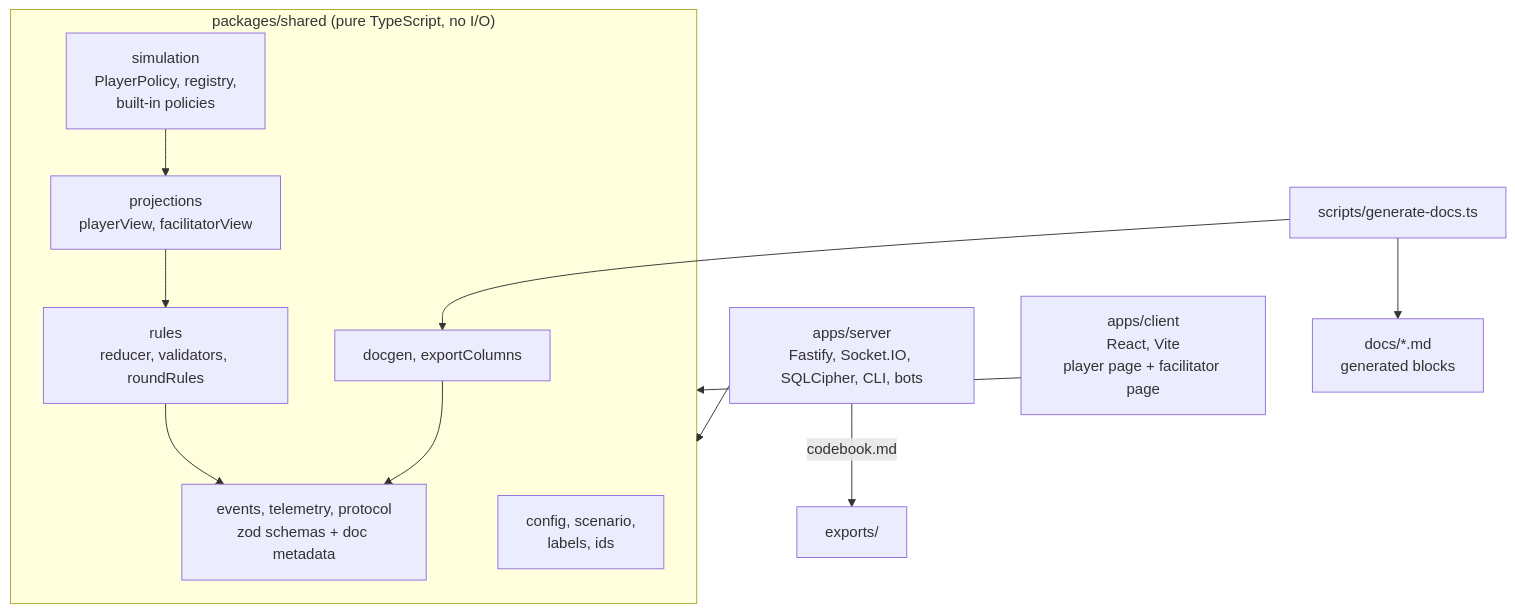
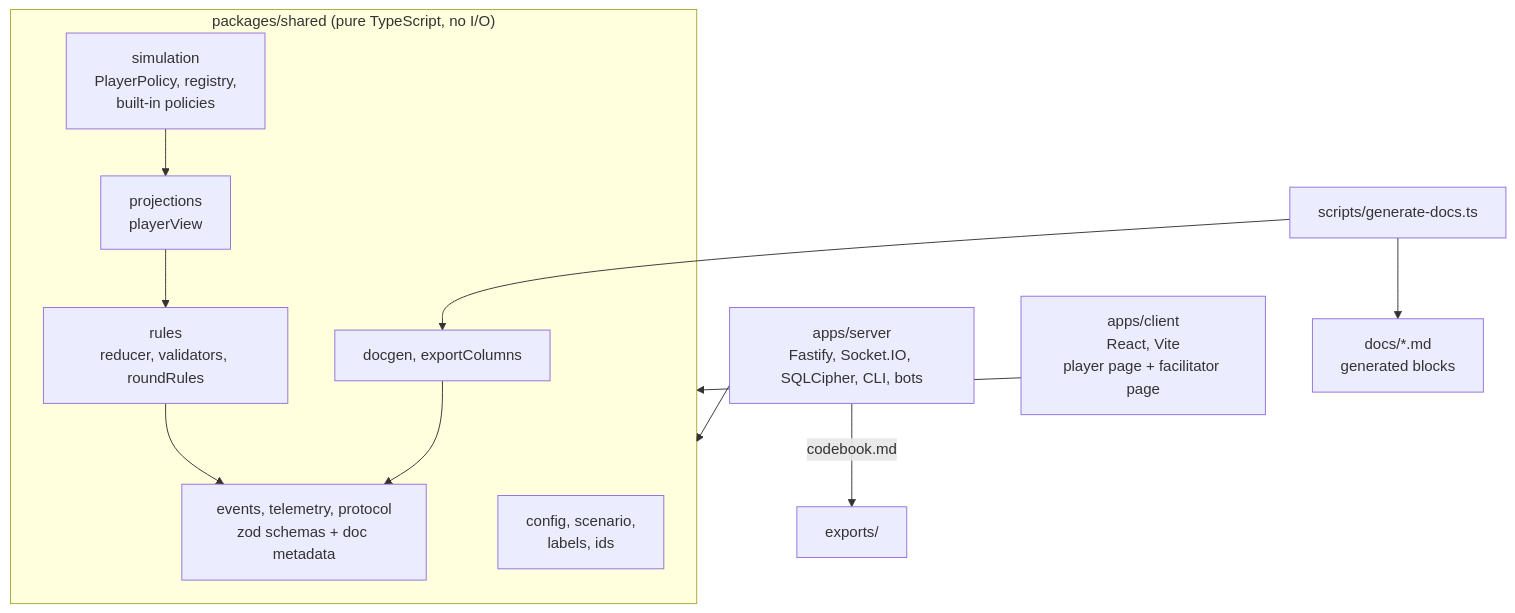
One commit to xy-zak/WhoKnowsWhoActs changed the second of 9 diagrams in docs/ARCHITECTURE.md. Above: the diagram before and after it, drawn with Mermaid. The commit also changed other lines of this file and 7 other files, not shown here.

````diff
--- a/docs/ARCHITECTURE.md
+++ b/docs/ARCHITECTURE.md
@@ -156,20 +157,20 @@
 ```mermaid
 flowchart TB
   subgraph shared["packages/shared (pure TypeScript, no I/O)"]
     S1["config, scenario,<br/>labels, ids"]
     S2["events, telemetry, protocol<br/>zod schemas + doc metadata"]
     S3["rules<br/>reducer, validators, roundRules"]
-    S4["projections<br/>playerView, facilitatorView"]
+    S4["projections<br/>playerView"]
     S5["docgen, exportColumns"]
     S6["simulation<br/>PlayerPolicy, registry,<br/>built-in policies"]
     S3 --> S2
     S4 --> S3
     S5 --> S2
     S6 --> S4
   end
   server["apps/server<br/>Fastify, Socket.IO, SQLCipher, CLI, bots"] --> shared
   client["apps/client<br/>React, Vite<br/>player page + facilitator page"] --> shared
   gen["scripts/generate-docs.ts"] --> S5
   gen --> docs["docs/*.md<br/>generated blocks"]
   server -->|codebook.md| exports["exports/"]
 ```
````
